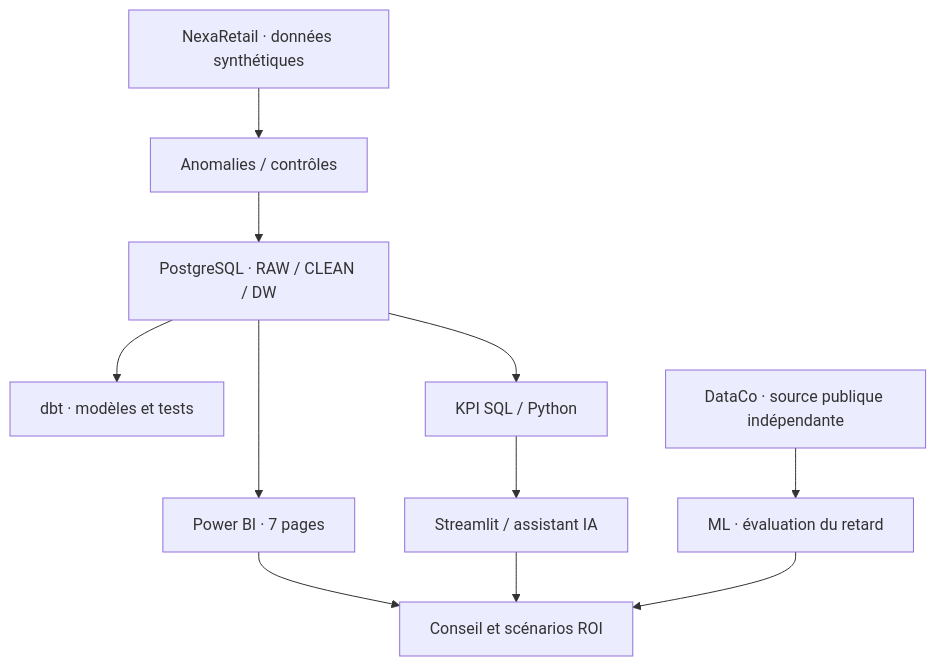
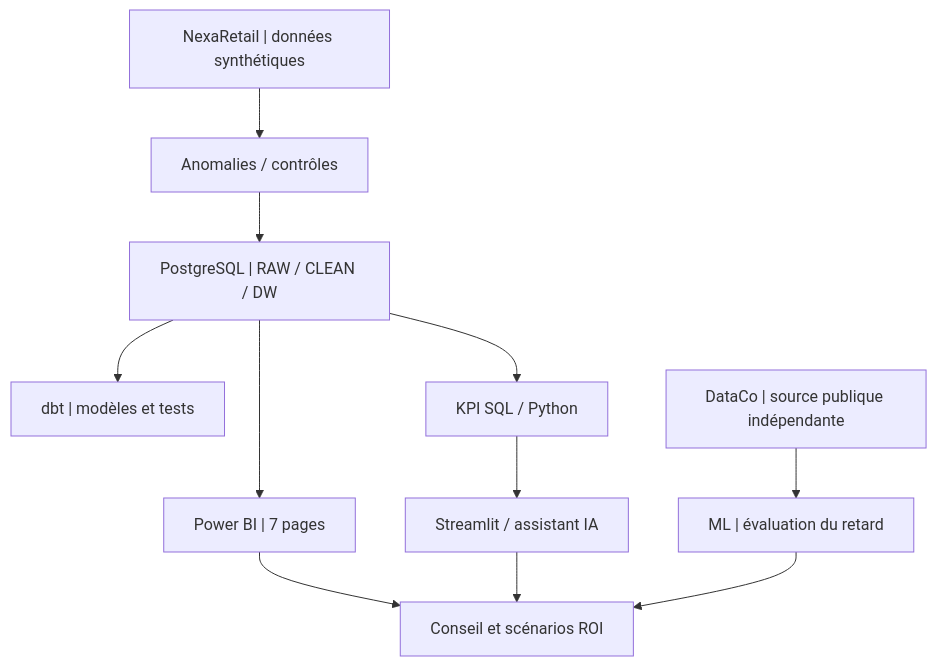
Before and after one commit to NacPKZ/ConsultAI-360: the diagram in docs/06_charte_projet.md, drawn with Mermaid. The commit also changed other lines of this file, not shown here.

````diff
--- a/docs/06_charte_projet.md
+++ b/docs/06_charte_projet.md
@@ -61,13 +81,13 @@
 ```mermaid
 flowchart TD
-    A["NexaRetail · données synthétiques"] --> B["Anomalies / contrôles"]
-    B --> C["PostgreSQL · RAW / CLEAN / DW"]
-    C --> D["dbt · modèles et tests"]
-    C --> E["Power BI · 7 pages"]
+    A["NexaRetail | données synthétiques"] --> B["Anomalies / contrôles"]
+    B --> C["PostgreSQL | RAW / CLEAN / DW"]
+    C --> D["dbt | modèles et tests"]
+    C --> E["Power BI | 7 pages"]
     C --> F["KPI SQL / Python"]
     F --> G["Streamlit / assistant IA"]
-    H["DataCo · source publique indépendante"] --> I["ML · évaluation du retard"]
+    H["DataCo | source publique indépendante"] --> I["ML | évaluation du retard"]
     E --> J["Conseil et scénarios ROI"]
     G --> J
     I --> J
 ```
````
